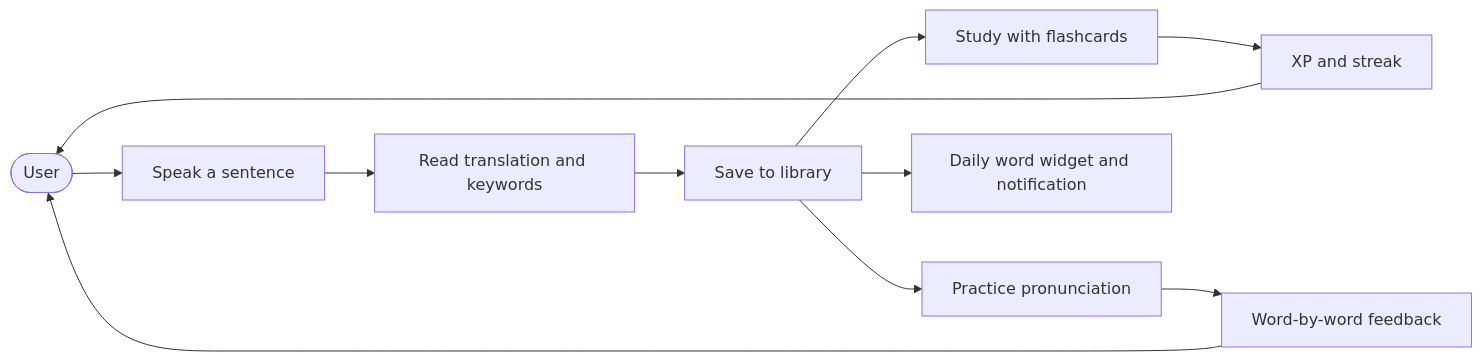
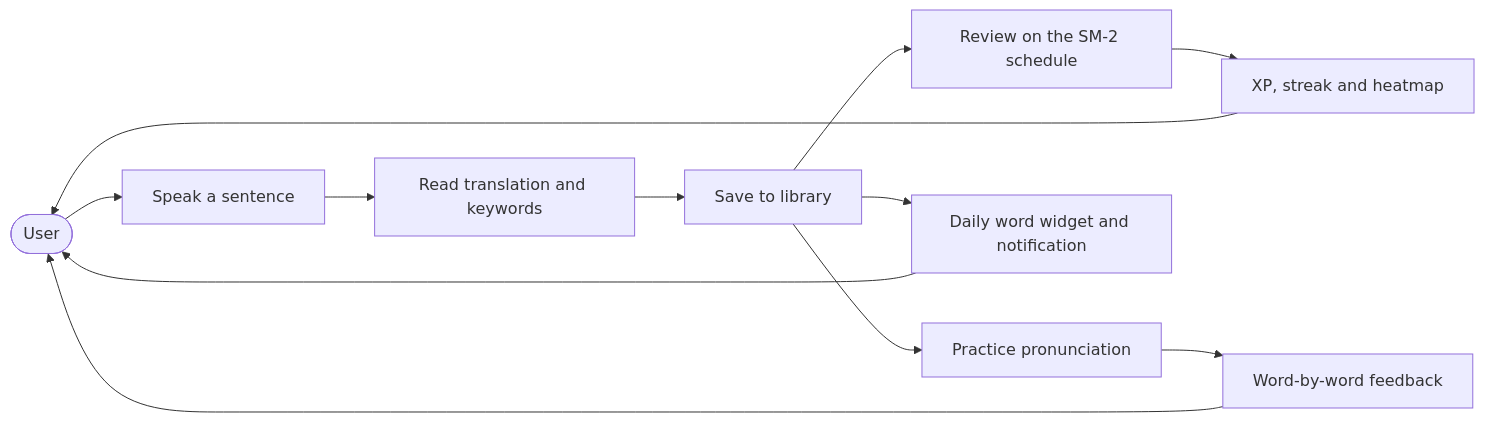
Before and after one commit to shareef01/deutschflow: the first of 4 diagrams in README.md, drawn with Mermaid. The commit also changed other lines of this file, not shown here.

````diff
--- a/README.md
+++ b/README.md
@@ -84,13 +108,14 @@
 ```mermaid
 flowchart LR
     User([User]) --> A[Speak a sentence]
     A --> B[Read translation and keywords]
     B --> C[Save to library]
-    C --> D[Study with flashcards]
+    C --> D[Review on the SM-2 schedule]
     C --> E[Practice pronunciation]
     C --> F[Daily word widget and notification]
-    D --> G[XP and streak]
+    D --> G[XP, streak and heatmap]
     E --> H[Word-by-word feedback]
     G --> User
     H --> User
+    F --> User
 ```
````
